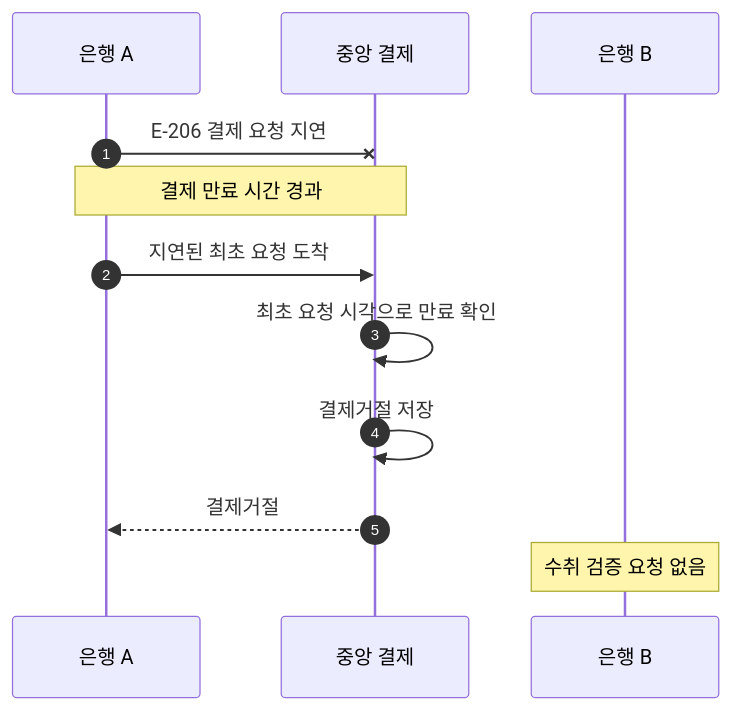
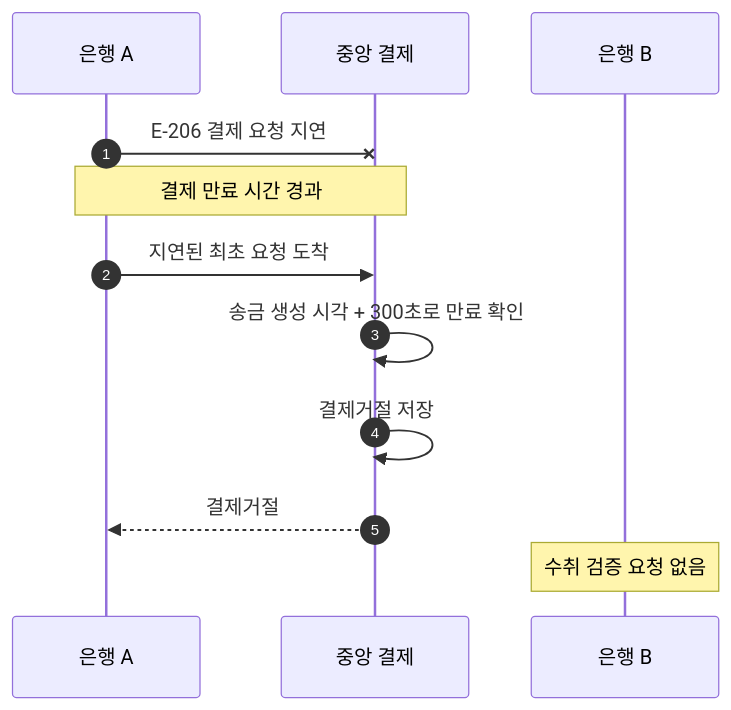
The diagram in docs/scenarios/S-206_만료된_지연_결제_요청.md (2jun0/financial-system-backend), drawn with Mermaid before and after one commit. The commit also changed other lines of this file and 8 other files, not shown here.

````diff
--- a/docs/scenarios/S-206_만료된_지연_결제_요청.md
+++ b/docs/scenarios/S-206_만료된_지연_결제_요청.md
@@ -26,14 +26,14 @@
 ```mermaid
 sequenceDiagram
     autonumber
     participant A as 은행 A
     participant C as 중앙 결제
     participant B as 은행 B
     A-xC: E-206 결제 요청 지연
     Note over A,C: 결제 만료 시간 경과
     A->>C: 지연된 최초 요청 도착
-    C->>C: 최초 요청 시각으로 만료 확인
+    C->>C: 송금 생성 시각 + 300초로 만료 확인
     C->>C: 결제거절 저장
     C-->>A: 결제거절
     Note over B: 수취 검증 요청 없음
 ```
````
